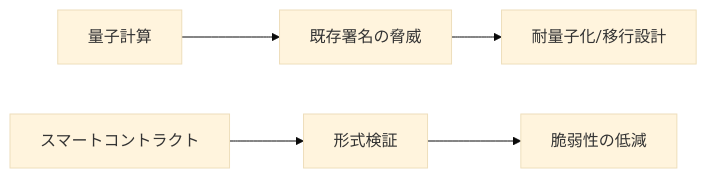
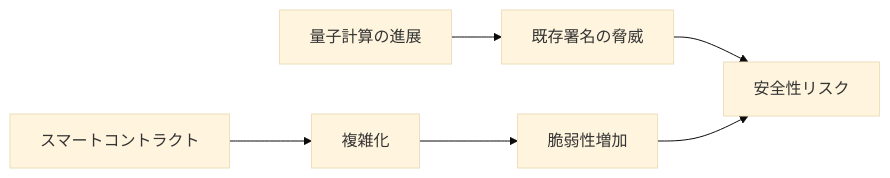
The diagram in slides/SL08.md (NyxFoundation/presentation-agent), drawn with Mermaid (base theme) before and after one commit. The commit also changed other lines of this file and 5 other files, not shown here.

````diff
--- a/slides/SL08.md
+++ b/slides/SL08.md
@@ -7,7 +8,8 @@
-```mermaid
+```mermaid {scale: 0.85}
 flowchart LR
-  Q[量子計算] --> T[既存署名の脅威]
-  T --> M[耐量子化/移行設計]
-  S[スマートコントラクト] --> V[形式検証]
-  V --> C[脆弱性の低減]
+  Q[量子計算の進展] --> T[既存署名の脅威]
+  S[スマートコントラクト] --> V[複雑化]
+  V --> B[脆弱性増加]
+  T --> R[安全性リスク]
+  B --> R
 ```
````
